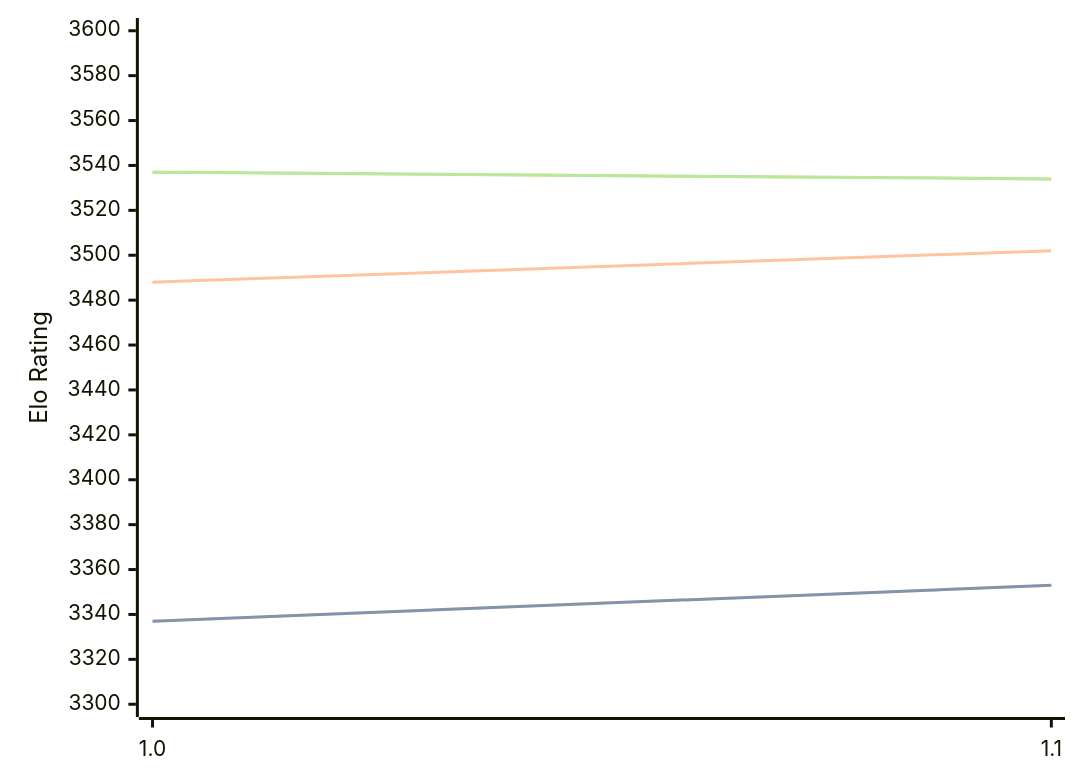
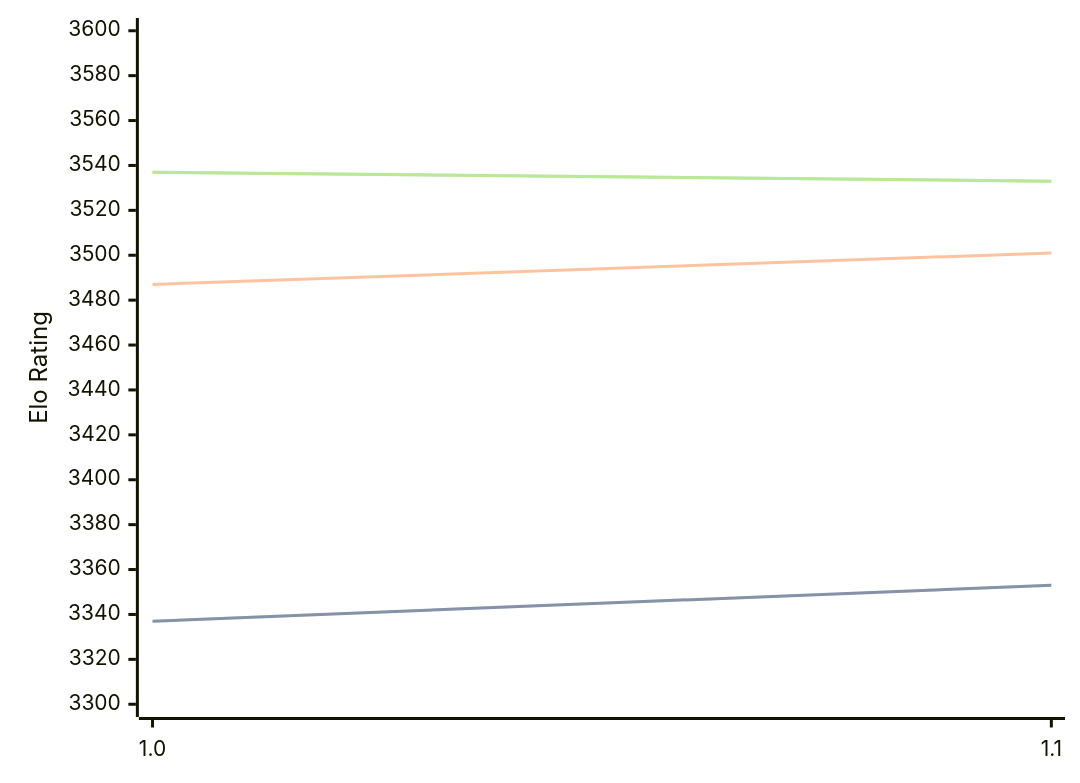
The diagram in engines/Horsie.md (computer-chess-index/cci), drawn with Mermaid before and after one commit. The commit also changed other lines of this file, not shown here.

Commit message:
Update CCI Ratings (ELO VLTC) - 2026-09-03

````diff
--- a/engines/Horsie.md
+++ b/engines/Horsie.md
@@ -32,11 +32,11 @@
 ```mermaid
 %%{init: {"theme":"base","themeVariables":{"seriesColors:['#a3a3a3','#222221','#faa371']}}}%%
 xychart-beta
   x-axis ["1.0", "1.1"]
   y-axis "Elo Rating" 3300 --> 3600
   line "" [3337, 3353]
   line "STC (8.0+0.08s)" [3337, 3353]
-  line "LTC (60.0+0.60s)" [3488, 3502]
-  line "" [3537, 3534]
-  line "VLTC (2m24s+1.12s)" [3537, 3534]
+  line "LTC (60.0+0.60s)" [3487, 3501]
+  line "" [3537, 3533]
+  line "VLTC (2m24s+1.12s)" [3537, 3533]
 ```
````
